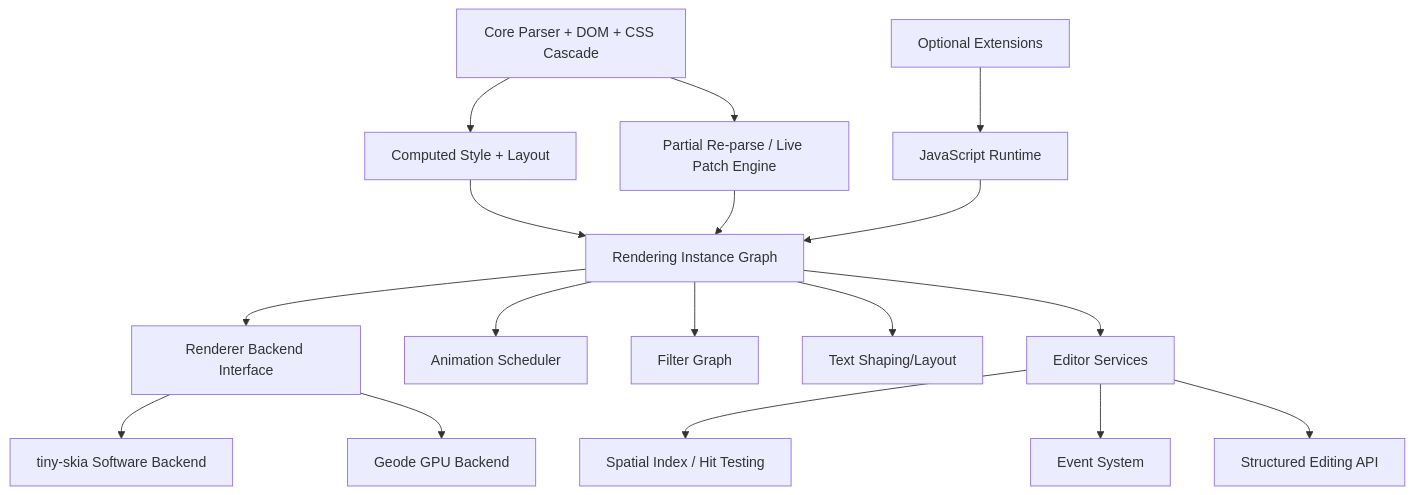
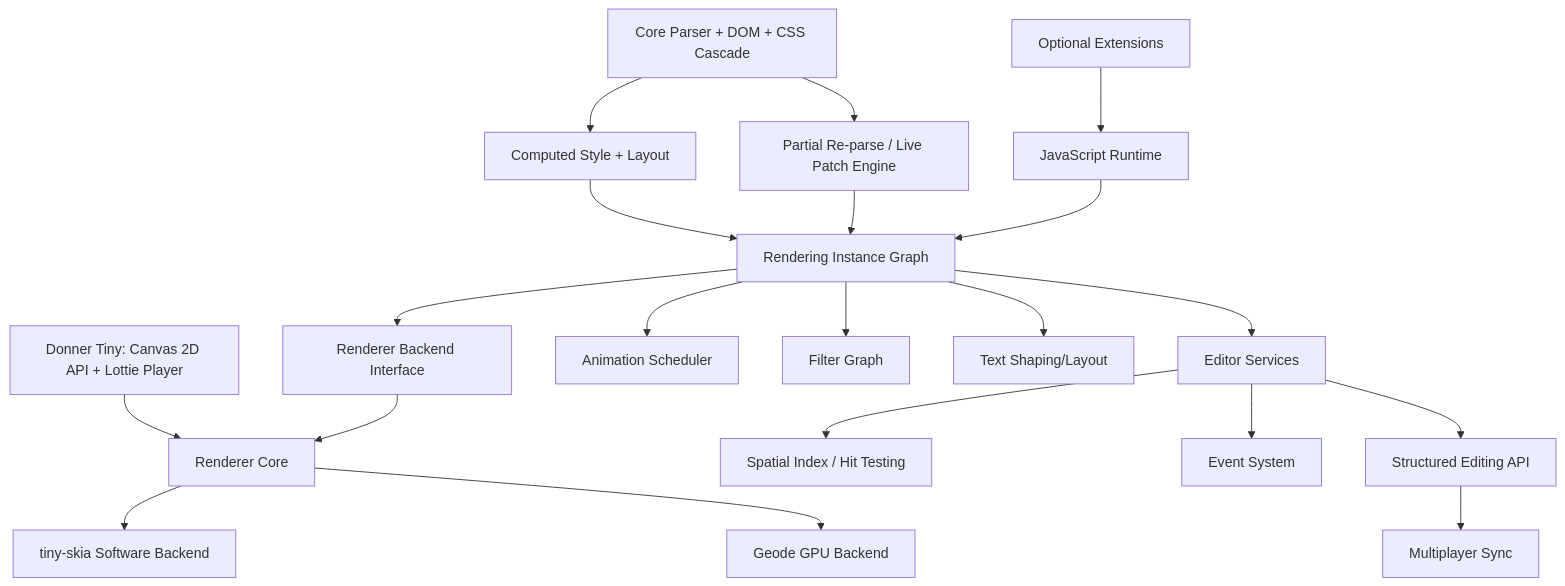
The diagram in docs/ProjectRoadmap.md (jwmcglynn/donner), drawn with Mermaid before and after one commit. The commit also changed other lines of this file and 1 other file, not shown here.

First line of the commit message:
Add Donner Tiny, multiplayer editing, and diagramming to the roadmap (#1879)

````diff
--- a/docs/ProjectRoadmap.md
+++ b/docs/ProjectRoadmap.md
@@ -374,23 +478,26 @@
 ```mermaid
 flowchart TD
   A[Core Parser + DOM + CSS Cascade] --> B[Computed Style + Layout]
   B --> C[Rendering Instance Graph]
   C --> D[Renderer Backend Interface]
-  D --> E1[tiny-skia Software Backend]
-  D --> E2[Geode GPU Backend]
+  RC --> E1[tiny-skia Software Backend]
+  RC --> E2[Geode GPU Backend]
+  T[Donner Tiny: Canvas 2D API + Lottie Player] --> RC[Renderer Core]
+  D --> RC
 
   A --> F[Partial Re-parse / Live Patch Engine]
   F --> C
 
   C --> G[Animation Scheduler]
   C --> H[Filter Graph]
   C --> I[Text Shaping/Layout]
 
   C --> J[Editor Services]
   J --> J1[Spatial Index / Hit Testing]
   J --> J2[Event System]
   J --> J3[Structured Editing API]
+  J3 --> J4[Multiplayer Sync]
 
   K[Optional Extensions] --> K1[JavaScript Runtime]
   K1 --> C
 ```
````
